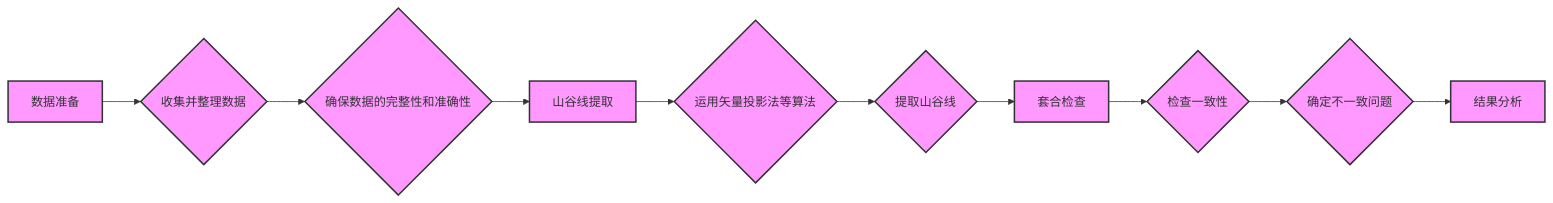
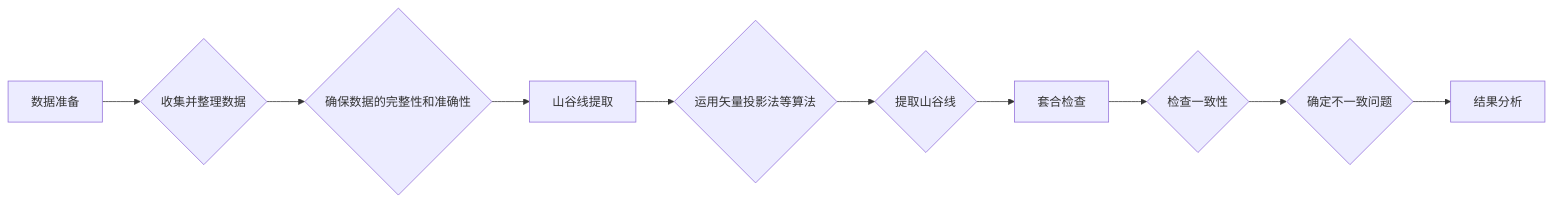
The diagram in all/未命名-1.md (2544622615/iodraw-files), drawn with Mermaid before and after one commit.

Commit message:
2024-08-17 11:38:21 update

````diff
--- a/all/未命名-1.md
+++ b/all/未命名-1.md
@@ -1,23 +1,12 @@
 ```mermaid
 graph LR
     A[数据准备] --> B{收集并整理数据}
     B --> C{确保数据的完整性和准确性}
     C --> D[山谷线提取]
     D --> E{运用矢量投影法等算法}
     E --> F{提取山谷线}
     F --> G[套合检查]
     G --> H{检查一致性}
     H --> I{确定不一致问题}
     I --> J[结果分析]
-
-    style A fill:#f9f,stroke:#333,stroke-width:2px
-    style B fill:#f9f,stroke:#333,stroke-width:2px
-    style C fill:#f9f,stroke:#333,stroke-width:2px
-    style D fill:#f9f,stroke:#333,stroke-width:2px
-    style E fill:#f9f,stroke:#333,stroke-width:2px
-    style F fill:#f9f,stroke:#333,stroke-width:2px
-    style G fill:#f9f,stroke:#333,stroke-width:2px
-    style H fill:#f9f,stroke:#333,stroke-width:2px
-    style I fill:#f9f,stroke:#333,stroke-width:2px
-    style J fill:#f9f,stroke:#333,stroke-width:2px
 ```
````
